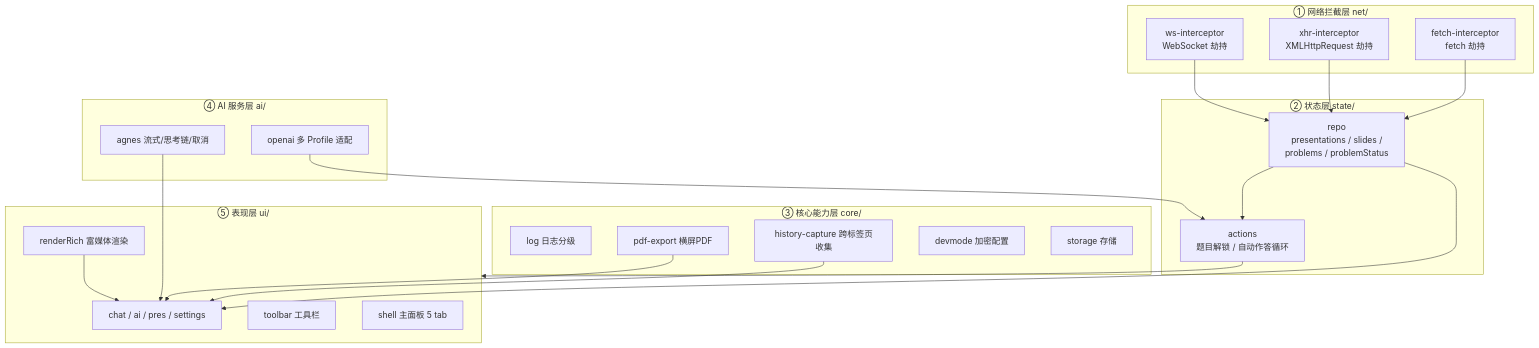
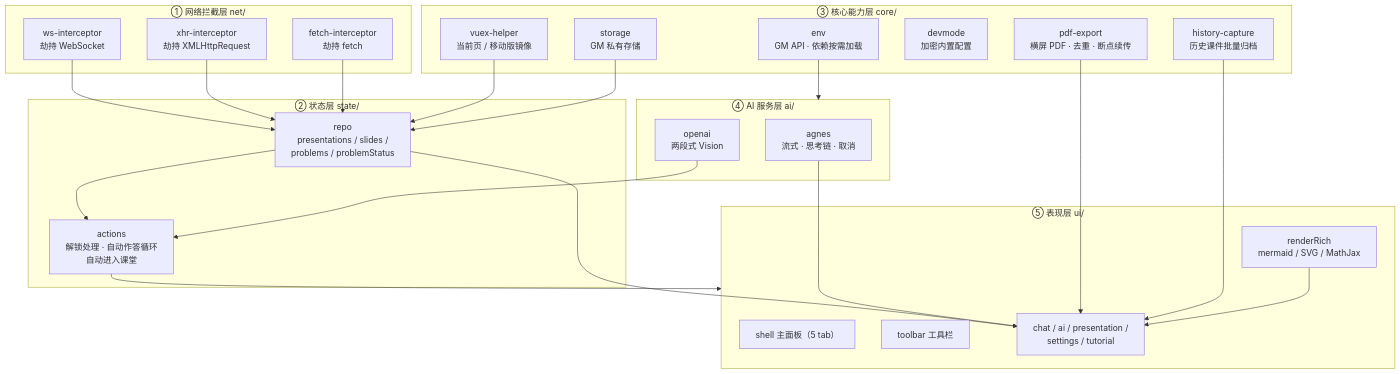
The first of 5 diagrams in README.md (RayMorTwinkle/YuketangStudio), drawn with Mermaid before and after one commit. The commit also changed other lines of this file and 2 other files, not shown here.

Commit message:
docs: 重写 README（中英双语 + 架构图 + 图标）

````diff
--- a/README.md
+++ b/README.md
@@ -193,41 +136,44 @@
 ```mermaid
 flowchart TB
-    subgraph NET["① 网络拦截层 net/"]
-        WS["ws-interceptor<br/>WebSocket 劫持"]
-        XHR["xhr-interceptor<br/>XMLHttpRequest 劫持"]
-        FETCH["fetch-interceptor<br/>fetch 劫持"]
-    end
-    subgraph STATE["② 状态层 state/"]
-        REPO["repo<br/>presentations / slides /<br/>problems / problemStatus"]
-        ACT["actions<br/>题目解锁 / 自动作答循环"]
-    end
-    subgraph CORE["③ 核心能力层 core/"]
-        LOG["log 日志分级"]
-        PDF["pdf-export 横屏PDF"]
-        HIST["history-capture 跨标签页收集"]
-        DEV["devmode 加密配置"]
-        ST["storage 存储"]
-    end
-    subgraph AI["④ AI 服务层 ai/"]
-        AGNES["agnes 流式/思考链/取消"]
-        OAI["openai 多 Profile 适配"]
-    end
-    subgraph UI["⑤ 表现层 ui/"]
-        SHELL["shell 主面板 5 tab"]
-        TOOLBAR["toolbar 工具栏"]
-        PANELS["chat / ai / pres / settings"]
-        RICH["renderRich 富媒体渲染"]
-    end
-
-    WS --> REPO
-    XHR --> REPO
-    FETCH --> REPO
-    REPO --> ACT
-    ACT --> UI
-    REPO --> PANELS
-    AGNES --> PANELS
-    OAI --> ACT
-    PDF --> PANELS
-    HIST --> PANELS
-    RICH --> PANELS
+  subgraph NET["① 网络拦截层 net/"]
+    WS["ws-interceptor<br/>劫持 WebSocket"]
+    XHR["xhr-interceptor<br/>劫持 XMLHttpRequest"]
+    FETCH["fetch-interceptor<br/>劫持 fetch"]
+  end
+  subgraph STATE["② 状态层 state/"]
+    REPO["repo<br/>presentations / slides /<br/>problems / problemStatus"]
+    ACT["actions<br/>解锁处理 · 自动作答循环<br/>自动进入课堂"]
+  end
+  subgraph CORE["③ 核心能力层 core/"]
+    ENV["env<br/>GM API · 依赖按需加载"]
+    PDF["pdf-export<br/>横屏 PDF · 去重 · 断点续传"]
+    HIST["history-capture<br/>历史课件批量归档"]
+    DEV["devmode<br/>加密内置配置"]
+    ST["storage<br/>GM 私有存储"]
+    VX["vuex-helper<br/>当前页 / 移动版镜像"]
+  end
+  subgraph AI["④ AI 服务层 ai/"]
+    AG["agnes<br/>流式 · 思考链 · 取消"]
+    OAI["openai<br/>两段式 Vision"]
+  end
+  subgraph UI["⑤ 表现层 ui/"]
+    SHELL["shell 主面板（5 tab）"]
+    TB["toolbar 工具栏"]
+    PANELS["chat / ai / presentation /<br/>settings / tutorial"]
+    RICH["renderRich<br/>mermaid / SVG / MathJax"]
+  end
+  WS --> REPO
+  XHR --> REPO
+  FETCH --> REPO
+  VX --> REPO
+  REPO --> ACT
+  ACT --> UI
+  REPO --> PANELS
+  AG --> PANELS
+  OAI --> ACT
+  PDF --> PANELS
+  HIST --> PANELS
+  RICH --> PANELS
+  ENV --> AI
+  ST --> REPO
 ```
````
